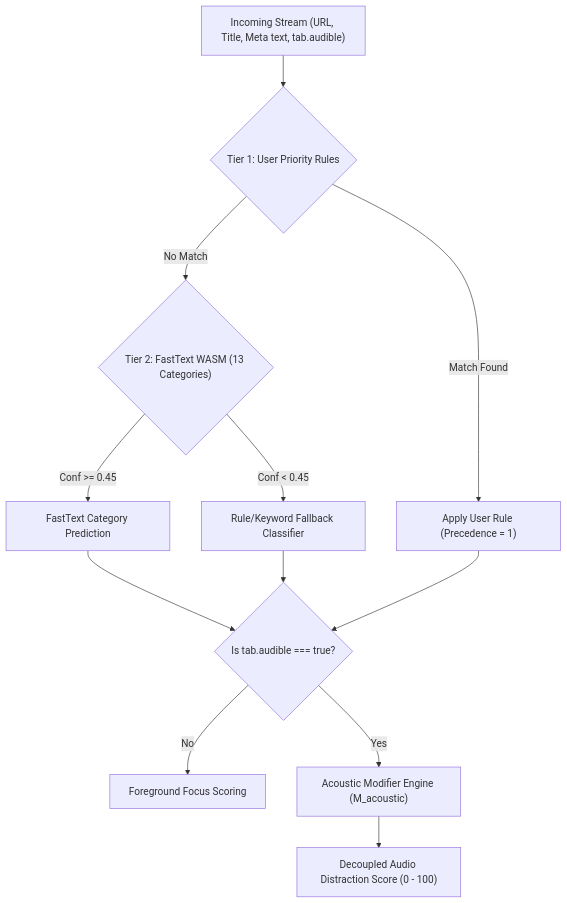
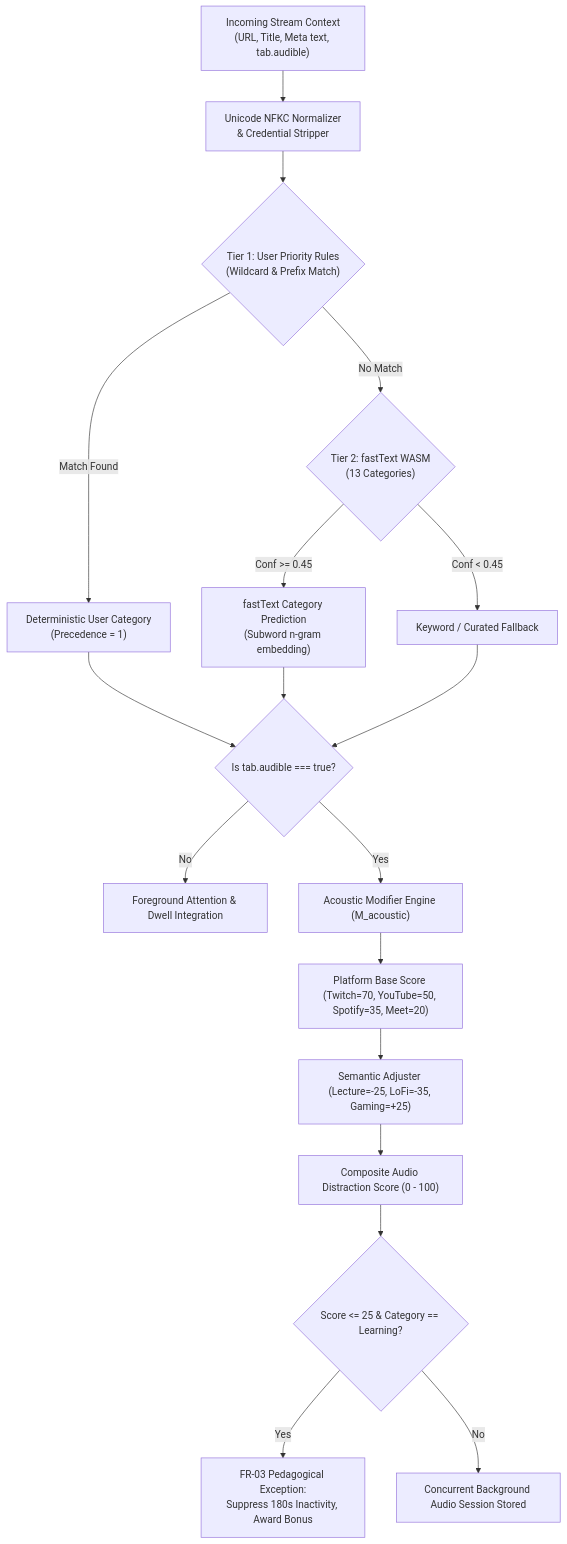
One commit to youthstyleindia-dev/attentive changed the second of 3 diagrams in IEEE_RESEARCH_PAPER.md. Above: the diagram before and after it, drawn with Mermaid. The commit also changed other lines of this file and 1 other file, not shown here.

````diff
--- a/IEEE_RESEARCH_PAPER.md
+++ b/IEEE_RESEARCH_PAPER.md
@@ -111,16 +161,25 @@
 ```mermaid
 flowchart TD
-    INPUT["Incoming Stream (URL, Title, Meta text, tab.audible)"] --> TIER1{"Tier 1: User Priority Rules"}
-    TIER1 -- "Match Found" --> OVERRIDE["Apply User Rule (Precedence = 1)"]
-    TIER1 -- "No Match" --> TIER2{"Tier 2: FastText WASM (13 Categories)"}
-    TIER2 -- "Conf >= 0.45" --> ML_RES["FastText Category Prediction"]
-    TIER2 -- "Conf < 0.45" --> KEYWORD["Rule/Keyword Fallback Classifier"]
+    INPUT["Incoming Stream Context\n(URL, Title, Meta text, tab.audible)"] --> NORM["Unicode NFKC Normalizer\n& Credential Stripper"]
     
-    ML_RES --> AUD_CHECK{"Is tab.audible === true?"}
-    KEYWORD --> AUD_CHECK
-    OVERRIDE --> AUD_CHECK
+    NORM --> TIER1{"Tier 1: User Priority Rules\n(Wildcard & Prefix Match)"}
+    TIER1 -- "Match Found" --> RES_RULE["Deterministic User Category\n(Precedence = 1)"]
+    TIER1 -- "No Match" --> TIER2{"Tier 2: fastText WASM\n(13 Categories)"}
     
-    AUD_CHECK -- "No" --> FINAL_TEXT["Foreground Focus Scoring"]
-    AUD_CHECK -- "Yes" --> ACOUSTIC["Acoustic Modifier Engine (M_acoustic)"]
-    ACOUSTIC --> FINAL_AUDIO["Decoupled Audio Distraction Score (0 - 100)"]
+    TIER2 -- "Conf >= 0.45" --> RES_FT["fastText Category Prediction\n(Subword n-gram embedding)"]
+    TIER2 -- "Conf < 0.45" --> RES_KW["Keyword / Curated Fallback"]
+    
+    RES_RULE --> AUD_CHECK{"Is tab.audible === true?"}
+    RES_FT --> AUD_CHECK
+    RES_KW --> AUD_CHECK
+    
+    AUD_CHECK -- "No" --> FOREGROUND_EVAL["Foreground Attention & Dwell Integration"]
+    AUD_CHECK -- "Yes" --> ACOUSTIC_ENGINE["Acoustic Modifier Engine (M_acoustic)"]
+    
+    ACOUSTIC_ENGINE --> MOD_PLAT["Platform Base Score (Twitch=70, YouTube=50, Spotify=35, Meet=20)"]
+    MOD_PLAT --> MOD_SEM["Semantic Adjuster (Lecture=-25, LoFi=-35, Gaming=+25)"]
+    MOD_SEM --> COMPOSITE["Composite Audio Distraction Score (0 - 100)"]
+    COMPOSITE --> FR03_CHECK{"Score <= 25 & Category == Learning?"}
+    FR03_CHECK -- "Yes" --> FOCUS_AID["FR-03 Pedagogical Exception:\nSuppress 180s Inactivity, Award Bonus"]
+    FR03_CHECK -- "No" --> DISTRACTION_RECORD["Concurrent Background Audio Session Stored"]
 ```
````
